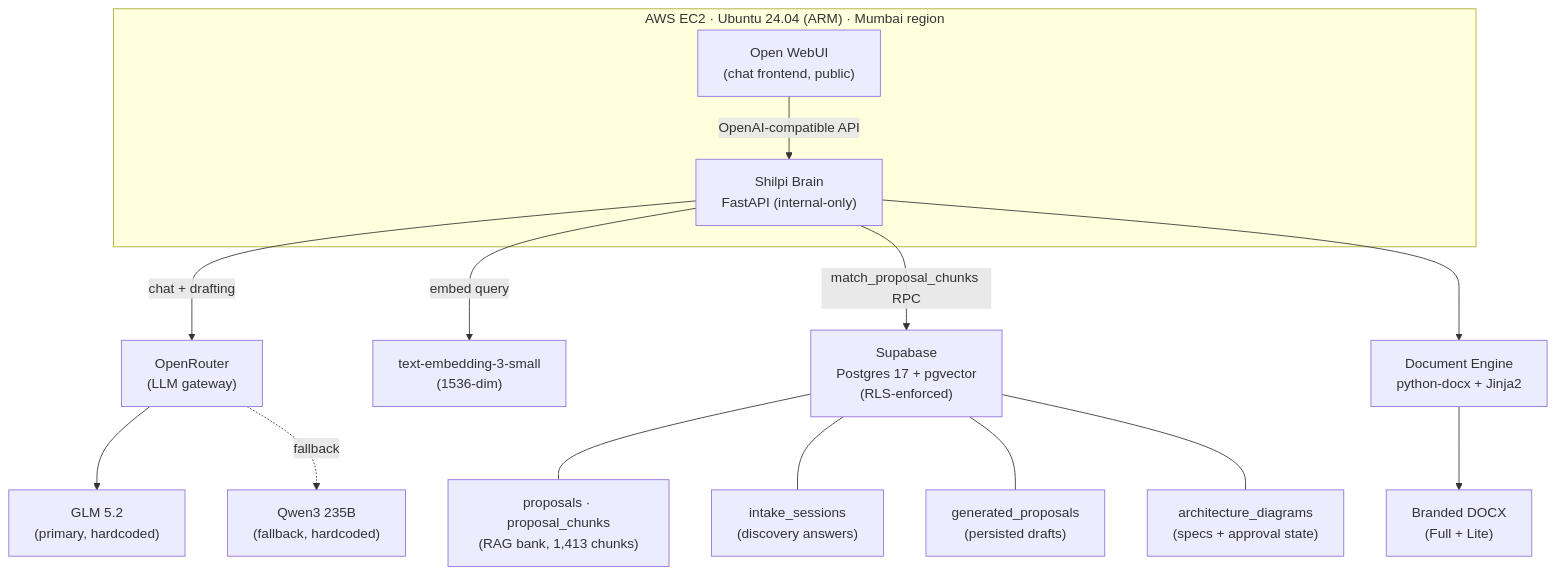
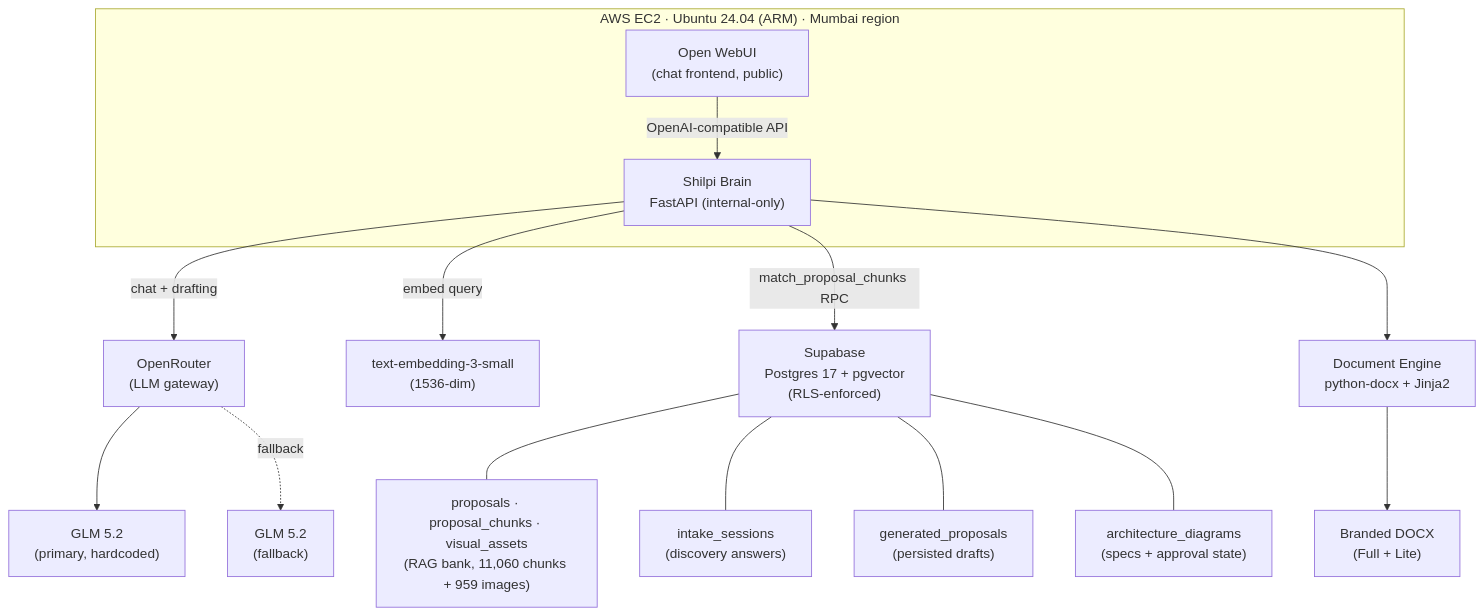
Before and after one commit to imranshaikh-commits/iv-sarvam: the first of 5 diagrams in README.md, drawn with Mermaid. The commit also changed other lines of this file, not shown here.

Commit message:
docs: update README to current state - corpus 11 to 112 proposals, Sonnet 5 primary, topic-aware retrieval, visual_assets, and the retrieval scorecard

````diff
--- a/README.md
+++ b/README.md
@@ -171,34 +193,34 @@
 ```mermaid
 flowchart TB
     subgraph EC2["AWS EC2 · Ubuntu 24.04 (ARM) · Mumbai region"]
         OWUI["Open WebUI<br/>(chat frontend, public)"]
         BRAIN["Shilpi Brain<br/>FastAPI (internal-only)"]
         OWUI -->|OpenAI-compatible API| BRAIN
     end
 
     ROUTER["OpenRouter<br/>(LLM gateway)"]
     GLM["GLM 5.2<br/>(primary, hardcoded)"]
-    QWEN["Qwen3 235B<br/>(fallback, hardcoded)"]
+    QWEN["GLM 5.2<br/>(fallback)"]
     EMB["text-embedding-3-small<br/>(1536-dim)"]
 
     SB["Supabase<br/>Postgres 17 + pgvector<br/>(RLS-enforced)"]
-    PROP["proposals · proposal_chunks<br/>(RAG bank, 1,413 chunks)"]
+    PROP["proposals · proposal_chunks · visual_assets<br/>(RAG bank, 11,060 chunks + 959 images)"]
     INTAKE["intake_sessions<br/>(discovery answers)"]
     GEN["generated_proposals<br/>(persisted drafts)"]
     DIAG["architecture_diagrams<br/>(specs + approval state)"]
 
     DOCS["Document Engine<br/>python-docx + Jinja2"]
     DOCX["Branded DOCX<br/>(Full + Lite)"]
 
     BRAIN -->|chat + drafting| ROUTER
     ROUTER --> GLM
     ROUTER -.fallback.-> QWEN
     BRAIN -->|embed query| EMB
     BRAIN -->|match_proposal_chunks RPC| SB
     SB --- PROP
     SB --- INTAKE
     SB --- GEN
     SB --- DIAG
     BRAIN --> DOCS
     DOCS --> DOCX
 ```
````
